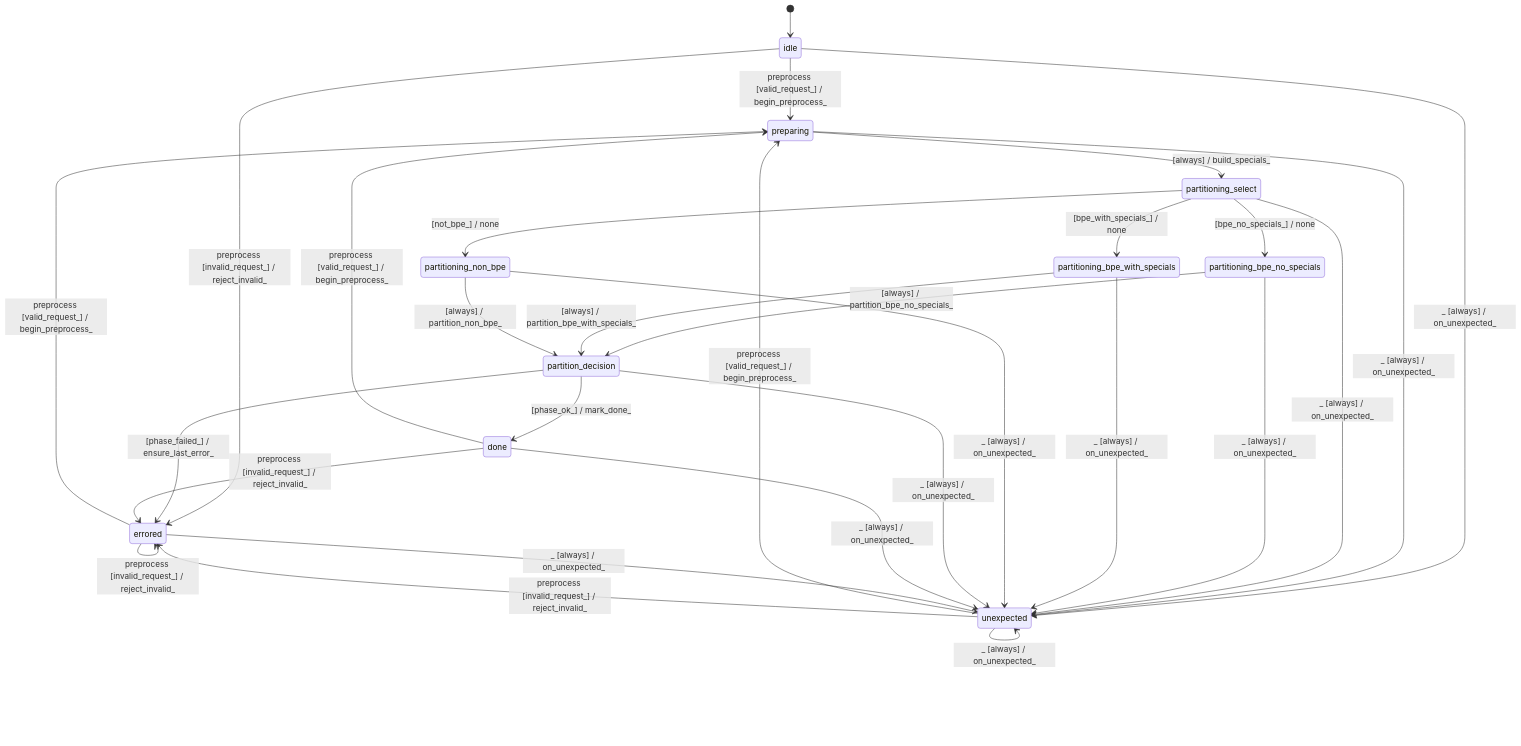
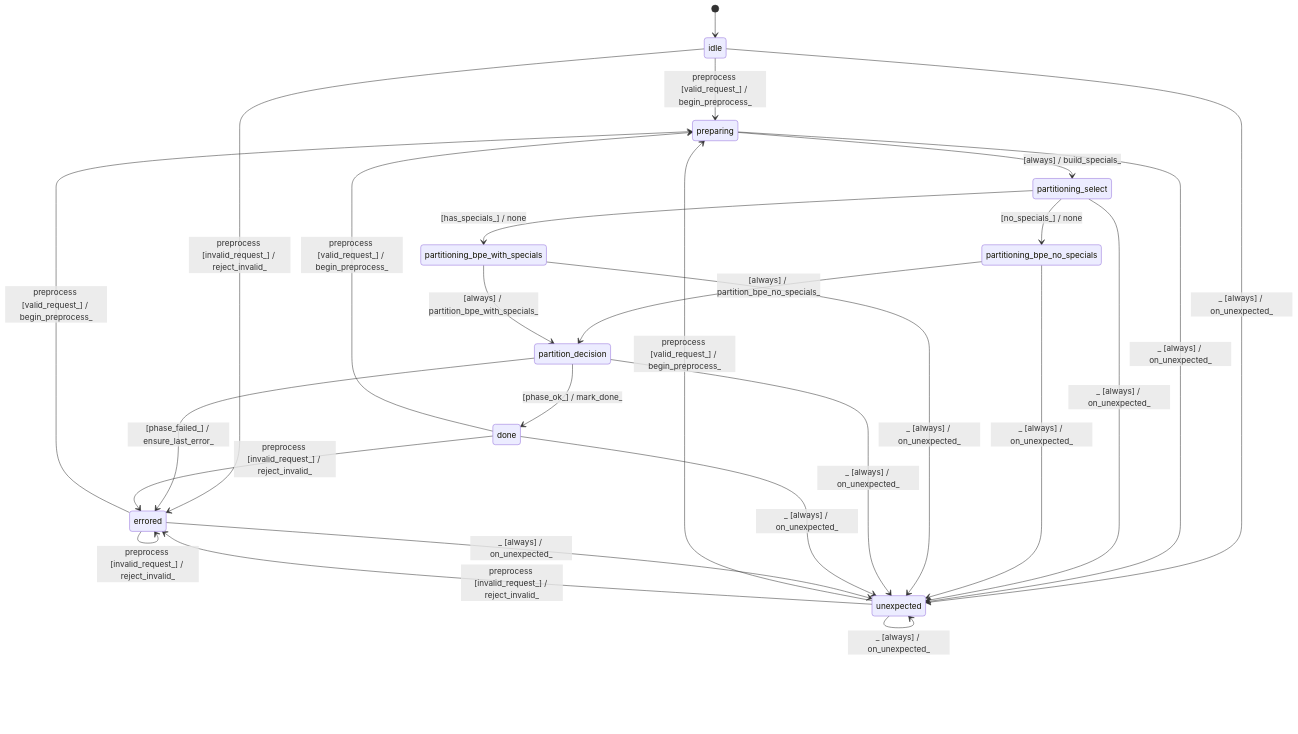
Before and after one commit to stateforward/emel.cpp: the diagram in docs/architecture/text_tokenizer_preprocessor_bpe.md, drawn with Mermaid. The commit also changed other lines of this file and 38 other files, not shown here.

````diff
--- a/docs/architecture/text_tokenizer_preprocessor_bpe.md
+++ b/docs/architecture/text_tokenizer_preprocessor_bpe.md
@@ -7,32 +7,29 @@
 ```mermaid
 stateDiagram-v2
   direction TB
   [*] --> idle
   idle --> preparing : preprocess [valid_request_] / begin_preprocess_
   idle --> errored : preprocess [invalid_request_] / reject_invalid_
   preparing --> partitioning_select : [always] / build_specials_
-  partitioning_select --> partitioning_bpe_no_specials : [bpe_no_specials_] / none
-  partitioning_select --> partitioning_bpe_with_specials : [bpe_with_specials_] / none
-  partitioning_select --> partitioning_non_bpe : [not_bpe_] / none
+  partitioning_select --> partitioning_bpe_no_specials : [no_specials_] / none
+  partitioning_select --> partitioning_bpe_with_specials : [has_specials_] / none
   partitioning_bpe_no_specials --> partition_decision : [always] / partition_bpe_no_specials_
   partitioning_bpe_with_specials --> partition_decision : [always] / partition_bpe_with_specials_
-  partitioning_non_bpe --> partition_decision : [always] / partition_non_bpe_
   partition_decision --> errored : [phase_failed_] / ensure_last_error_
   partition_decision --> done : [phase_ok_] / mark_done_
   done --> preparing : preprocess [valid_request_] / begin_preprocess_
   done --> errored : preprocess [invalid_request_] / reject_invalid_
   errored --> preparing : preprocess [valid_request_] / begin_preprocess_
   errored --> errored : preprocess [invalid_request_] / reject_invalid_
   unexpected --> preparing : preprocess [valid_request_] / begin_preprocess_
   unexpected --> errored : preprocess [invalid_request_] / reject_invalid_
   idle --> unexpected : _ [always] / on_unexpected_
   preparing --> unexpected : _ [always] / on_unexpected_
   partitioning_select --> unexpected : _ [always] / on_unexpected_
   partitioning_bpe_no_specials --> unexpected : _ [always] / on_unexpected_
   partitioning_bpe_with_specials --> unexpected : _ [always] / on_unexpected_
-  partitioning_non_bpe --> unexpected : _ [always] / on_unexpected_
   partition_decision --> unexpected : _ [always] / on_unexpected_
   done --> unexpected : _ [always] / on_unexpected_
   errored --> unexpected : _ [always] / on_unexpected_
   unexpected --> unexpected : _ [always] / on_unexpected_
 ```
````
